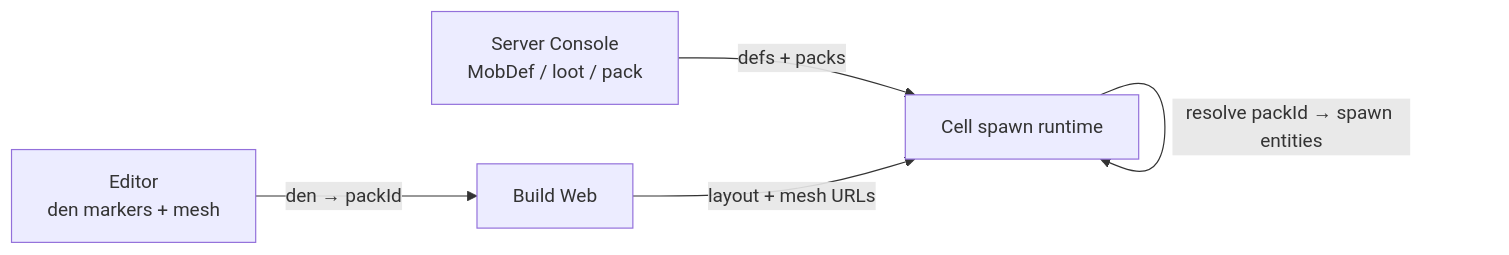
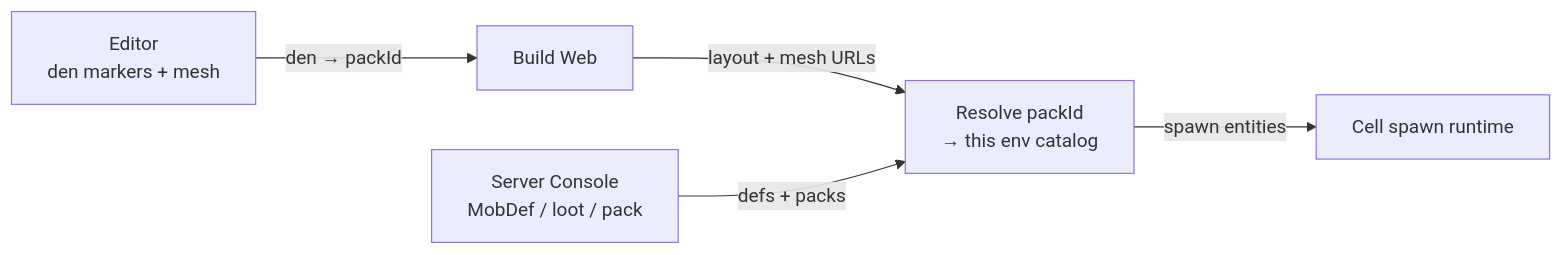
One commit to AlanGreyjoy/claudecitizen changed the second of 2 diagrams in docs/docs/architecture/mobs.md. Above: the diagram before and after it, drawn with Mermaid. The commit also changed other lines of this file and 94 other files, not shown here.

First line of the commit message:
feat(docs): expand architecture documentation for planets, missions, and factions

````diff
--- a/docs/docs/architecture/mobs.md
+++ b/docs/docs/architecture/mobs.md
@@ -184,11 +206,12 @@
 ```mermaid
 flowchart LR
   Editor["Editor<br/>den markers + mesh"]
   Console["Server Console<br/>MobDef / loot / pack"]
   Build["Build Web"]
+  Resolve["Resolve packId<br/>→ this env catalog"]
   Cell["Cell spawn runtime"]
   Editor -->|"den → packId"| Build
-  Console -->|"defs + packs"| Cell
-  Build -->|"layout + mesh URLs"| Cell
-  Cell -->|"resolve packId → spawn entities"| Cell
+  Build -->|"layout + mesh URLs"| Resolve
+  Console -->|"defs + packs"| Resolve
+  Resolve -->|"spawn entities"| Cell
 ```
````
